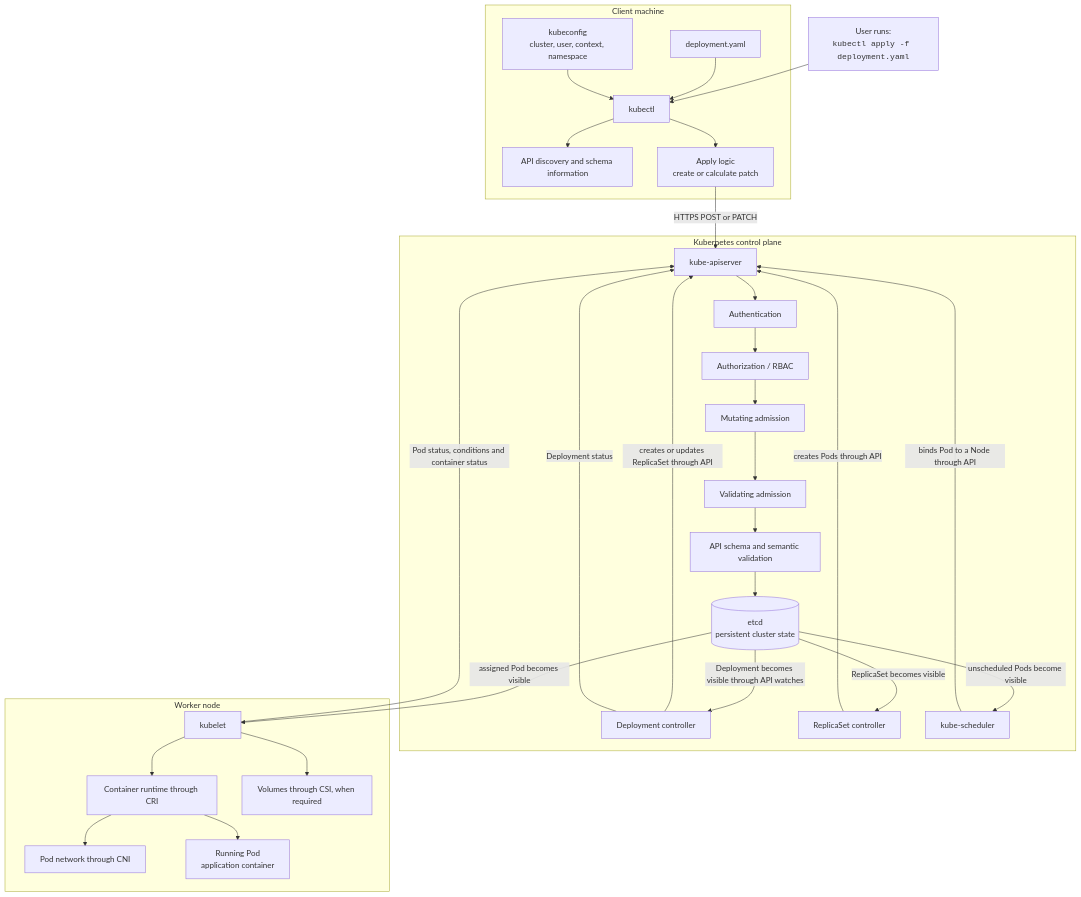
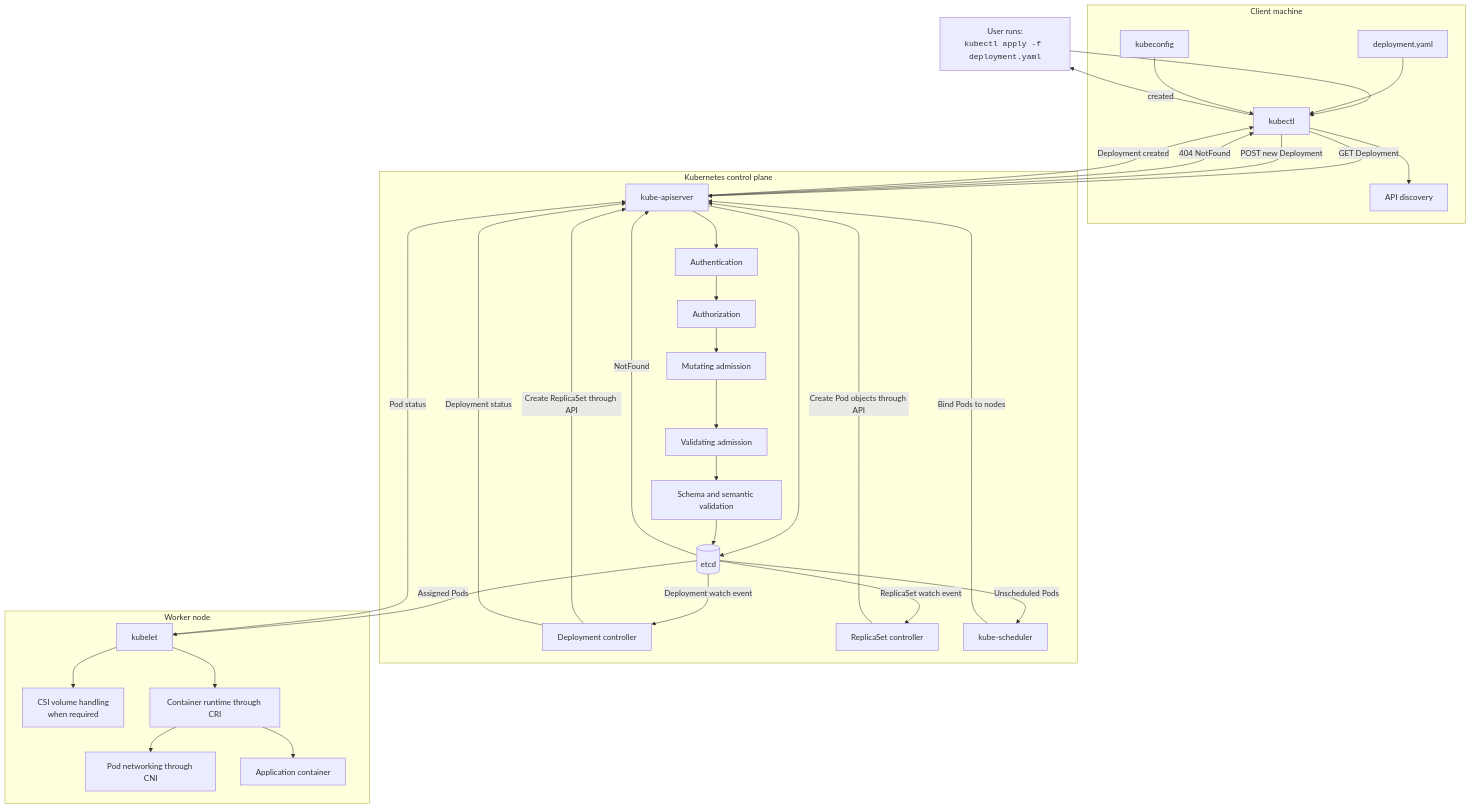
The first of 3 diagrams in Interview/deployment-workflow.md (anishrana2001/Openshift), drawn with Mermaid before and after one commit. The commit also changed other lines of this file, not shown here.

````diff
--- a/Interview/deployment-workflow.md
+++ b/Interview/deployment-workflow.md
@@ -96,54 +66,69 @@
 ```mermaid
 flowchart TB
-    U["User runs:<br/><code>kubectl apply -f deployment.yaml</code>"]
+    USER["User runs:<br/><code>kubectl apply -f deployment.yaml</code>"]
 
     subgraph CLIENT["Client machine"]
-        K["kubectl"]
-        CFG["kubeconfig<br/>cluster, user, context, namespace"]
-        YAML["deployment.yaml"]
-        DISC["API discovery and schema information"]
-        MERGE["Apply logic<br/>create or calculate patch"]
+        FILE["deployment.yaml"]
+        KUBECTL["kubectl"]
+        CONFIG["kubeconfig"]
+        DISCOVERY["API discovery"]
     end
 
-    subgraph CP["Kubernetes control plane"]
+    subgraph CONTROL["Kubernetes control plane"]
         API["kube-apiserver"]
         AUTHN["Authentication"]
-        AUTHZ["Authorization / RBAC"]
-        ADM1["Mutating admission"]
-        ADM2["Validating admission"]
-        VALID["API schema and semantic validation"]
-        ETCD[("etcd<br/>persistent cluster state")]
-        DCTRL["Deployment controller"]
+        AUTHZ["Authorization"]
+        MUTATE["Mutating admission"]
+        VALIDATE["Validating admission"]
+        SCHEMA["Schema and semantic validation"]
+        ETCD[("etcd")]
+        DEPLOYCTRL["Deployment controller"]
         RSCTRL["ReplicaSet controller"]
-        SCHED["kube-scheduler"]
+        SCHEDULER["kube-scheduler"]
     end
 
-    subgraph NODE["Worker node"]
+    subgraph WORKER["Worker node"]
         KUBELET["kubelet"]
+        CSI["CSI volume handling<br/>when required"]
         CRI["Container runtime through CRI"]
-        CNI["Pod network through CNI"]
-        CSI["Volumes through CSI, when required"]
-        POD["Running Pod<br/>application container"]
+        CNI["Pod networking through CNI"]
+        CONTAINER["Application container"]
     end
 
-    U --> K
-    YAML --> K
-    CFG --> K
-    K --> DISC
-    K --> MERGE
-    MERGE -->|"HTTPS POST or PATCH"| API
-    API --> AUTHN --> AUTHZ --> ADM1 --> ADM2 --> VALID --> ETCD
-    ETCD -->|"Deployment becomes visible through API watches"| DCTRL
-    DCTRL -->|"creates or updates ReplicaSet through API"| API
-    ETCD -->|"ReplicaSet becomes visible"| RSCTRL
-    RSCTRL -->|"creates Pods through API"| API
-    ETCD -->|"unscheduled Pods become visible"| SCHED
-    SCHED -->|"binds Pod to a Node through API"| API
-    ETCD -->|"assigned Pod becomes visible"| KUBELET
+    USER --> KUBECTL
+    FILE --> KUBECTL
+    CONFIG --> KUBECTL
+    KUBECTL --> DISCOVERY
+
+    KUBECTL -->|"GET Deployment"| API
+    API --> ETCD
+    ETCD -->|"NotFound"| API
+    API -->|"404 NotFound"| KUBECTL
+
+    KUBECTL -->|"POST new Deployment"| API
+    API --> AUTHN
+    AUTHN --> AUTHZ
+    AUTHZ --> MUTATE
+    MUTATE --> VALIDATE
+    VALIDATE --> SCHEMA
+    SCHEMA --> ETCD
+
+    API -->|"Deployment created"| KUBECTL
+    KUBECTL -->|"created"| USER
+
+    ETCD -->|"Deployment watch event"| DEPLOYCTRL
+    DEPLOYCTRL -->|"Create ReplicaSet through API"| API
+    ETCD -->|"ReplicaSet watch event"| RSCTRL
+    RSCTRL -->|"Create Pod objects through API"| API
+    ETCD -->|"Unscheduled Pods"| SCHEDULER
+    SCHEDULER -->|"Bind Pods to nodes"| API
+    ETCD -->|"Assigned Pods"| KUBELET
+
     KUBELET --> CSI
     KUBELET --> CRI
     CRI --> CNI
-    CRI --> POD
-    KUBELET -->|"Pod status, conditions and container status"| API
-    DCTRL -->|"Deployment status"| API
+    CRI --> CONTAINER
+
+    KUBELET -->|"Pod status"| API
+    DEPLOYCTRL -->|"Deployment status"| API
 ```
````
